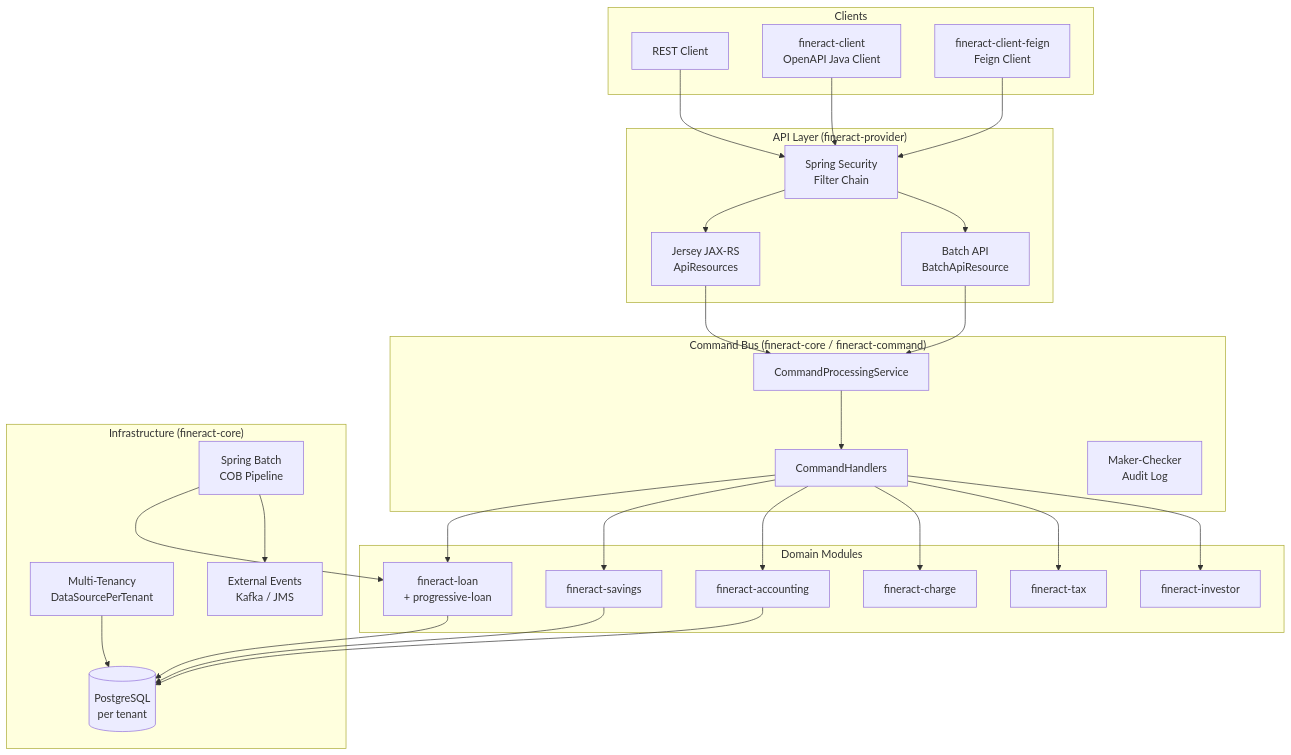
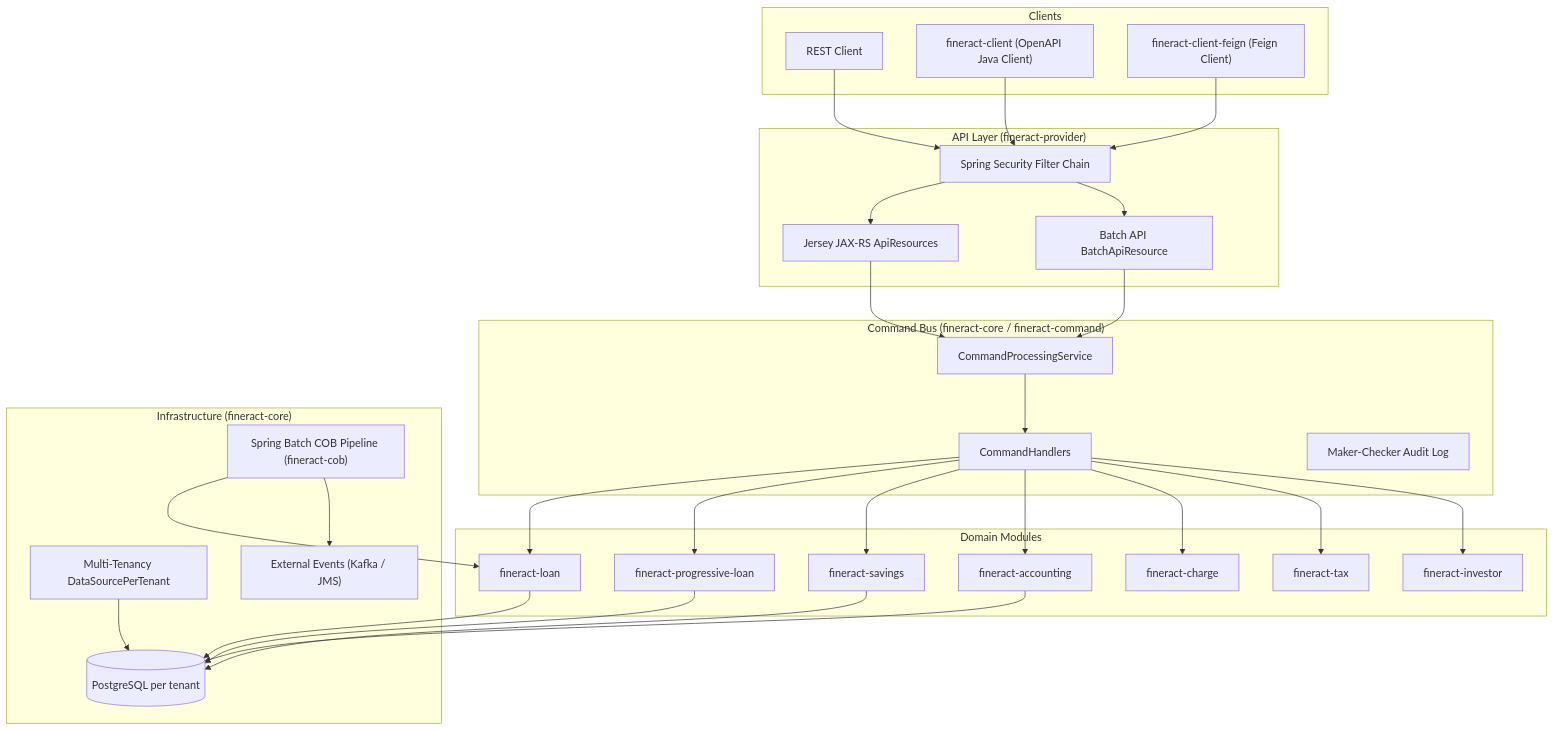
The diagram in index.mdx (mintlify-atlas/docs-wiki-9611aba1), drawn with Mermaid before and after one commit. The commit also changed other lines of this file and 25 other files, not shown here.

Commit message:
docs: review pass — accuracy audit, Mermaid fixes, orphan cleanup

````diff
--- a/index.mdx
+++ b/index.mdx
@@ -11,57 +11,60 @@
 ```mermaid
 graph TB
     subgraph Clients
         RC[REST Client]
-        FC[fineract-client<br/>OpenAPI Java Client]
-        FF[fineract-client-feign<br/>Feign Client]
+        FC["fineract-client (OpenAPI Java Client)"]
+        FF["fineract-client-feign (Feign Client)"]
     end
 
     subgraph API["API Layer (fineract-provider)"]
-        JA[Jersey JAX-RS<br/>ApiResources]
-        BA[Batch API<br/>BatchApiResource]
-        SA[Spring Security<br/>Filter Chain]
+        JA["Jersey JAX-RS ApiResources"]
+        BA["Batch API BatchApiResource"]
+        SA["Spring Security Filter Chain"]
     end
 
     subgraph CMD["Command Bus (fineract-core / fineract-command)"]
         CP[CommandProcessingService]
         CH[CommandHandlers]
-        MK[Maker-Checker<br/>Audit Log]
+        MK["Maker-Checker Audit Log"]
     end
 
     subgraph Domain["Domain Modules"]
-        LN[fineract-loan<br/>+ progressive-loan]
+        LN[fineract-loan]
+        PL[fineract-progressive-loan]
         SV[fineract-savings]
         AC[fineract-accounting]
         CH2[fineract-charge]
         TX[fineract-tax]
         IV[fineract-investor]
     end
 
     subgraph Infra["Infrastructure (fineract-core)"]
-        MT[Multi-Tenancy<br/>DataSourcePerTenant]
-        EV[External Events<br/>Kafka / JMS]
-        JB[Spring Batch<br/>COB Pipeline]
-        DB[(PostgreSQL<br/>per tenant)]
+        MT["Multi-Tenancy DataSourcePerTenant"]
+        EV["External Events (Kafka / JMS)"]
+        JB["Spring Batch COB Pipeline (fineract-cob)"]
+        DB[("PostgreSQL per tenant")]
     end
 
     RC --> SA
     FC --> SA
     FF --> SA
     SA --> JA
     SA --> BA
     JA --> CP
     BA --> CP
     CP --> CH
     CH --> LN
+    CH --> PL
     CH --> SV
     CH --> AC
     CH --> CH2
     CH --> TX
     CH --> IV
     LN --> DB
+    PL --> DB
     SV --> DB
     AC --> DB
     JB --> LN
     JB --> EV
     MT --> DB
 ```
````
